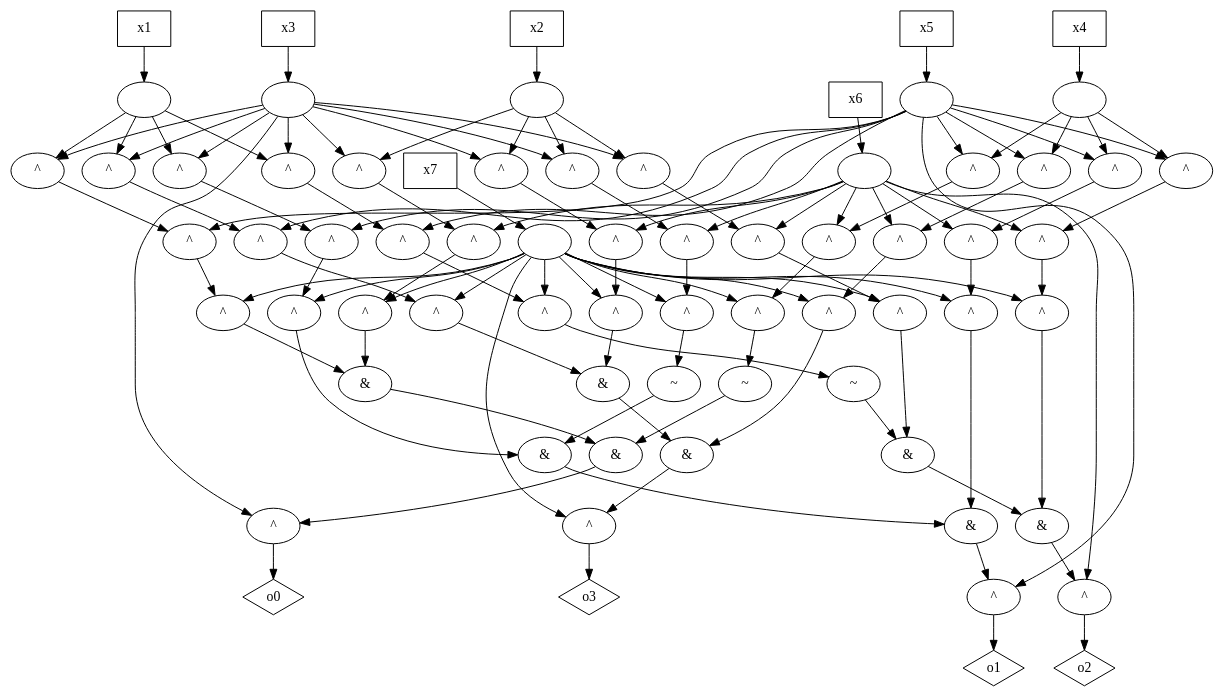
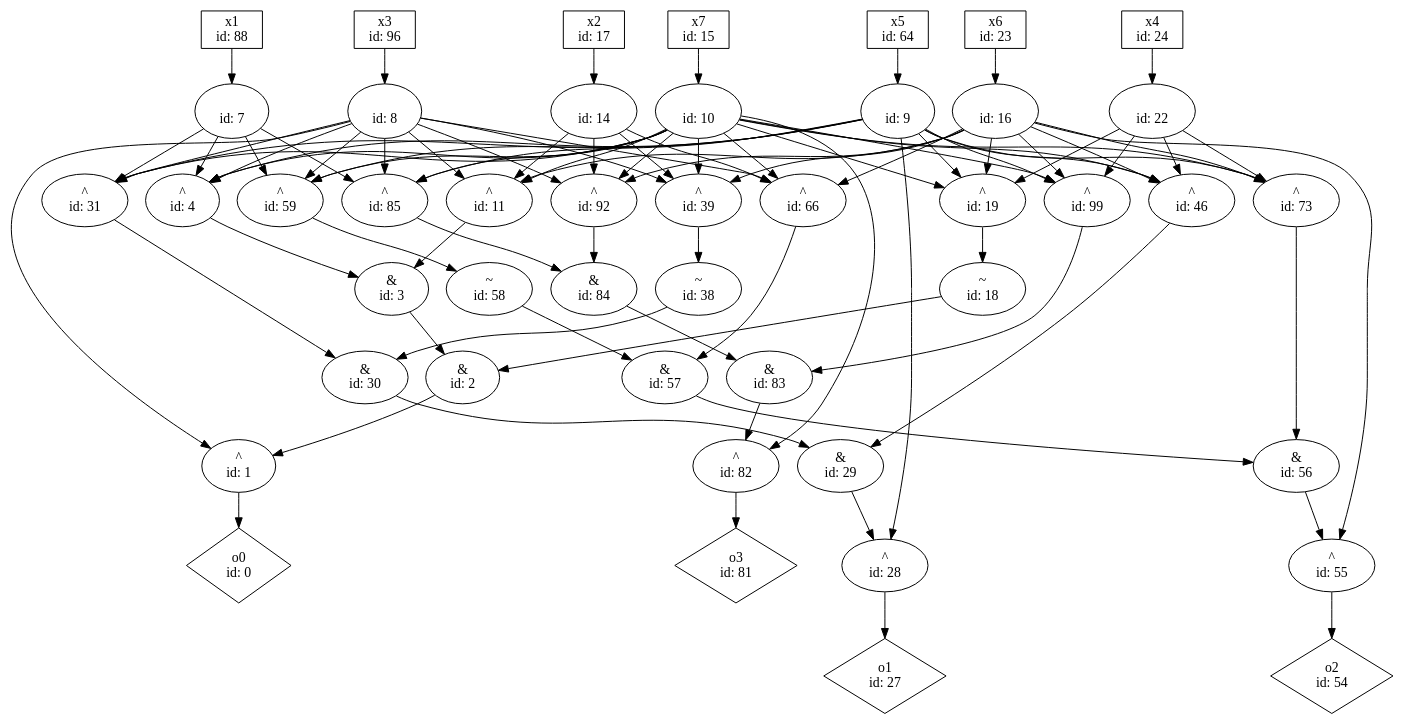
Before and after one commit to p9romain/bool-circuits: the diagram in dot_files/bool_circ/dec.dot, drawn with Graphviz. The commit also changed 74 other files, not shown here.

```diff
--- a/dot_files/bool_circ/dec.dot
+++ b/dot_files/bool_circ/dec.dot
@@ -1,181 +1,133 @@
 digraph G {
-n0 [label="o0",shape="diamond"];
-n1 [label="^"];
-n2 [label="&"];
-n3 [label="&"];
-n4 [label="^"];
-n5 [label="^"];
-n6 [label="^"];
-n7 [label=""];
-n8 [label=""];
-n9 [label=""];
-n10 [label=""];
-n11 [label="^"];
-n12 [label="^"];
-n13 [label="^"];
-n14 [label=""];
-n16 [label=""];
-n18 [label="~"];
-n19 [label="^"];
-n20 [label="^"];
-n21 [label="^"];
-n22 [label=""];
-n27 [label="o1",shape="diamond"];
-n28 [label="^"];
-n29 [label="&"];
-n30 [label="&"];
-n31 [label="^"];
-n32 [label="^"];
-n33 [label="^"];
-n38 [label="~"];
-n39 [label="^"];
-n40 [label="^"];
-n41 [label="^"];
-n46 [label="^"];
-n47 [label="^"];
-n48 [label="^"];
-n54 [label="o2",shape="diamond"];
-n55 [label="^"];
-n56 [label="&"];
-n57 [label="&"];
-n58 [label="~"];
-n59 [label="^"];
-n60 [label="^"];
-n61 [label="^"];
-n66 [label="^"];
-n67 [label="^"];
-n68 [label="^"];
-n73 [label="^"];
-n74 [label="^"];
-n75 [label="^"];
-n81 [label="o3",shape="diamond"];
-n82 [label="^"];
-n83 [label="&"];
-n84 [label="&"];
-n85 [label="^"];
-n86 [label="^"];
-n87 [label="^"];
-n92 [label="^"];
-n93 [label="^"];
-n94 [label="^"];
-n99 [label="^"];
-n100 [label="^"];
-n101 [label="^"];
-n88 [label="x1",shape="box"];
-n96 [label="x3",shape="box"];
-n64 [label="x5",shape="box"];
-n15 [label="x7",shape="box"];
-n17 [label="x2",shape="box"];
-n23 [label="x6",shape="box"];
-n24 [label="x4",shape="box"];
+n0 [label="o0\n id: 0",shape="diamond"];
+n1 [label="^\n id: 1"];
+n2 [label="&\n id: 2"];
+n3 [label="&\n id: 3"];
+n4 [label="^\n id: 4"];
+n7 [label="\n id: 7"];
+n8 [label="\n id: 8"];
+n9 [label="\n id: 9"];
+n10 [label="\n id: 10"];
+n11 [label="^\n id: 11"];
+n14 [label="\n id: 14"];
+n16 [label="\n id: 16"];
+n18 [label="~\n id: 18"];
+n19 [label="^\n id: 19"];
+n22 [label="\n id: 22"];
+n27 [label="o1\n id: 27",shape="diamond"];
+n28 [label="^\n id: 28"];
+n29 [label="&\n id: 29"];
+n30 [label="&\n id: 30"];
+n31 [label="^\n id: 31"];
+n38 [label="~\n id: 38"];
+n39 [label="^\n id: 39"];
+n46 [label="^\n id: 46"];
+n54 [label="o2\n id: 54",shape="diamond"];
+n55 [label="^\n id: 55"];
+n56 [label="&\n id: 56"];
+n57 [label="&\n id: 57"];
+n58 [label="~\n id: 58"];
+n59 [label="^\n id: 59"];
+n66 [label="^\n id: 66"];
+n73 [label="^\n id: 73"];
+n81 [label="o3\n id: 81",shape="diamond"];
+n82 [label="^\n id: 82"];
+n83 [label="&\n id: 83"];
+n84 [label="&\n id: 84"];
+n85 [label="^\n id: 85"];
+n92 [label="^\n id: 92"];
+n99 [label="^\n id: 99"];
+n88 [label="x1\n id: 88",shape="box"];
+n96 [label="x3\n id: 96",shape="box"];
+n64 [label="x5\n id: 64",shape="box"];
+n15 [label="x7\n id: 15",shape="box"];
+n17 [label="x2\n id: 17",shape="box"];
+n23 [label="x6\n id: 23",shape="box"];
+n24 [label="x4\n id: 24",shape="box"];
 n1 -> n0
 n2 -> n1
 n3 -> n2
 n4 -> n3
-n5 -> n4
-n6 -> n5
-n7 -> n6
-n7 -> n33
-n7 -> n61
-n7 -> n87
-n8 -> n6
-n8 -> n13
+n7 -> n4
+n7 -> n59
+n7 -> n31
+n7 -> n85
+n8 -> n11
+n8 -> n31
+n8 -> n85
+n8 -> n39
+n8 -> n92
+n8 -> n4
+n8 -> n59
 n8 -> n1
-n8 -> n33
-n8 -> n41
-n8 -> n61
-n8 -> n68
-n8 -> n87
-n8 -> n94
-n9 -> n5
-n9 -> n21
-n9 -> n32
-n9 -> n48
+n8 -> n66
+n9 -> n31
+n9 -> n73
+n9 -> n85
+n9 -> n19
+n9 -> n4
 n9 -> n28
-n9 -> n60
-n9 -> n75
-n9 -> n86
-n9 -> n101
+n9 -> n46
+n9 -> n59
+n9 -> n99
 n10 -> n4
+n10 -> n19
+n10 -> n39
+n10 -> n59
+n10 -> n73
+n10 -> n92
 n10 -> n11
-n10 -> n19
 n10 -> n31
-n10 -> n39
 n10 -> n46
-n10 -> n59
 n10 -> n66
-n10 -> n73
 n10 -> n85
-n10 -> n92
 n10 -> n99
 n10 -> n82
 n11 -> n3
-n12 -> n11
-n13 -> n12
-n14 -> n13
-n14 -> n41
-n14 -> n68
-n14 -> n94
-n16 -> n12
-n16 -> n20
-n16 -> n40
-n16 -> n47
-n16 -> n67
-n16 -> n74
+n14 -> n66
+n14 -> n39
+n14 -> n92
+n14 -> n11
+n16 -> n11
+n16 -> n46
+n16 -> n66
+n16 -> n99
+n16 -> n19
+n16 -> n39
 n16 -> n55
-n16 -> n93
-n16 -> n100
+n16 -> n73
+n16 -> n92
 n18 -> n2
 n19 -> n18
-n20 -> n19
-n21 -> n20
-n22 -> n21
-n22 -> n48
-n22 -> n75
-n22 -> n101
+n22 -> n46
+n22 -> n19
+n22 -> n99
+n22 -> n73
 n28 -> n27
 n29 -> n28
 n30 -> n29
 n31 -> n30
-n32 -> n31
-n33 -> n32
 n38 -> n30
 n39 -> n38
-n40 -> n39
-n41 -> n40
 n46 -> n29
-n47 -> n46
-n48 -> n47
 n55 -> n54
 n56 -> n55
 n57 -> n56
 n58 -> n57
 n59 -> n58
-n60 -> n59
-n61 -> n60
 n66 -> n57
-n67 -> n66
-n68 -> n67
 n73 -> n56
-n74 -> n73
-n75 -> n74
 n82 -> n81
 n83 -> n82
 n84 -> n83
 n85 -> n84
-n86 -> n85
-n87 -> n86
 n92 -> n84
-n93 -> n92
-n94 -> n93
 n99 -> n83
-n100 -> n99
-n101 -> n100
 n88 -> n7
 n96 -> n8
 n64 -> n9
 n15 -> n10
 n17 -> n14
 n23 -> n16
 n24 -> n22
 }
```
